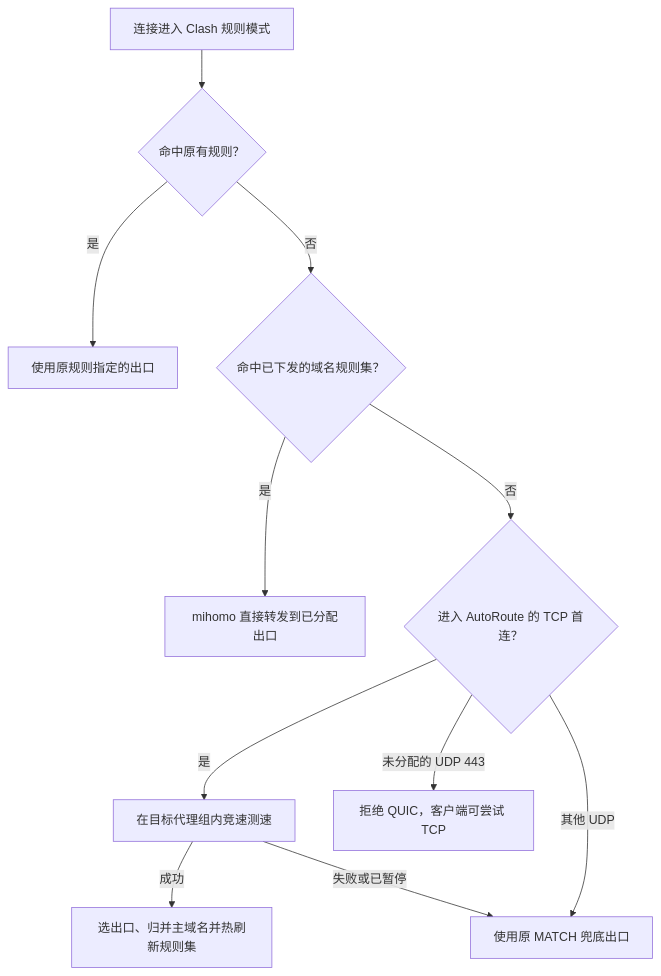
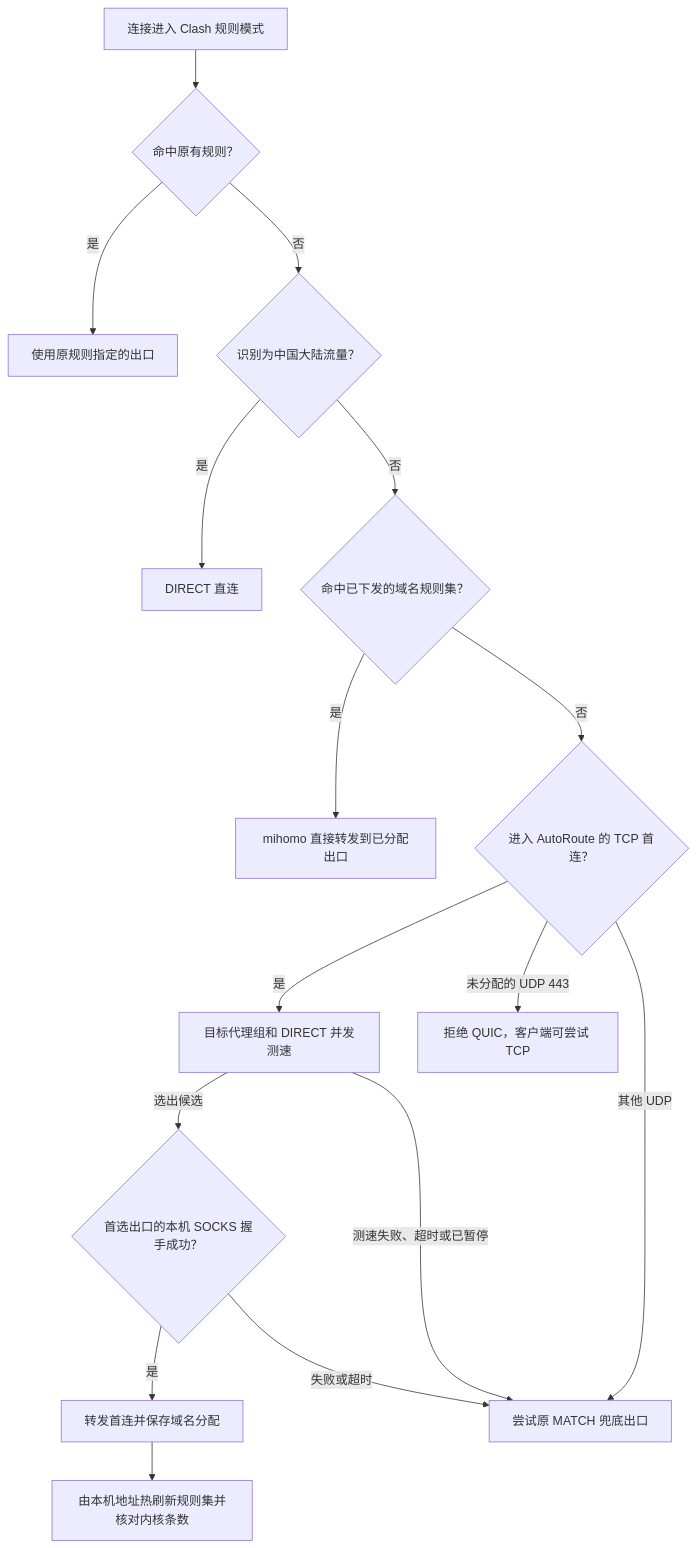
The diagram in README.md (AliothChen555-star/clash-autoroute), drawn with Mermaid before and after one commit. The commit also changed other lines of this file and 16 other files, not shown here.

````diff
--- a/README.md
+++ b/README.md
@@ -67,13 +72,18 @@
 ```mermaid
 flowchart TD
     A["连接进入 Clash 规则模式"] --> B{"命中原有规则？"}
     B -->|是| C["使用原规则指定的出口"]
-    B -->|否| D{"命中已下发的域名规则集？"}
+    B -->|否| CN{"识别为中国大陆流量？"}
+    CN -->|是| L["DIRECT 直连"]
+    CN -->|否| D{"命中已下发的域名规则集？"}
     D -->|是| E["mihomo 直接转发到已分配出口"]
     D -->|否| F{"进入 AutoRoute 的 TCP 首连？"}
-    F -->|是| G["在目标代理组内竞速测速"]
-    G -->|成功| H["选出口、归并主域名并热刷新规则集"]
-    G -->|失败或已暂停| I["使用原 MATCH 兜底出口"]
+    F -->|是| G["目标代理组和 DIRECT 并发测速"]
+    G -->|选出候选| S{"首选出口的本机 SOCKS 握手成功？"}
+    S -->|是| H["转发首连并保存域名分配"]
+    H --> R["由本机地址热刷新规则集并核对内核条数"]
+    S -->|失败或超时| I["尝试原 MATCH 兜底出口"]
+    G -->|测速失败、超时或已暂停| I
     F -->|其他 UDP| I
     F -->|未分配的 UDP 443| J["拒绝 QUIC，客户端可尝试 TCP"]
 ```
````
